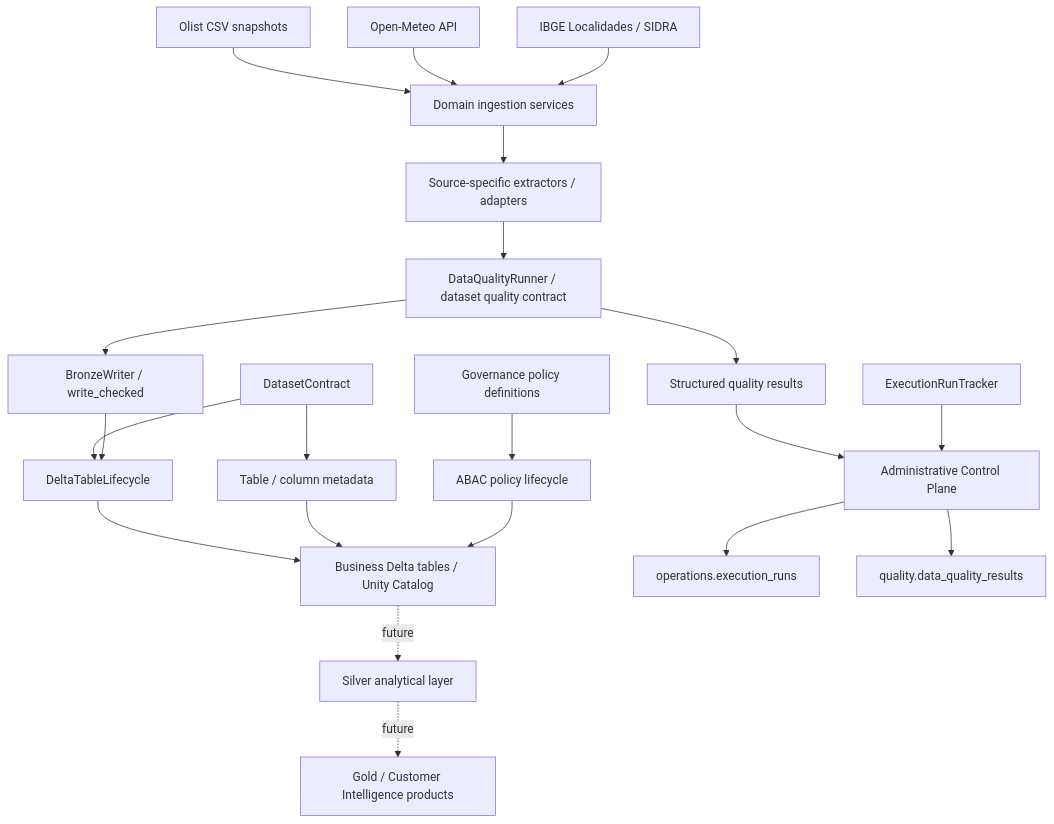
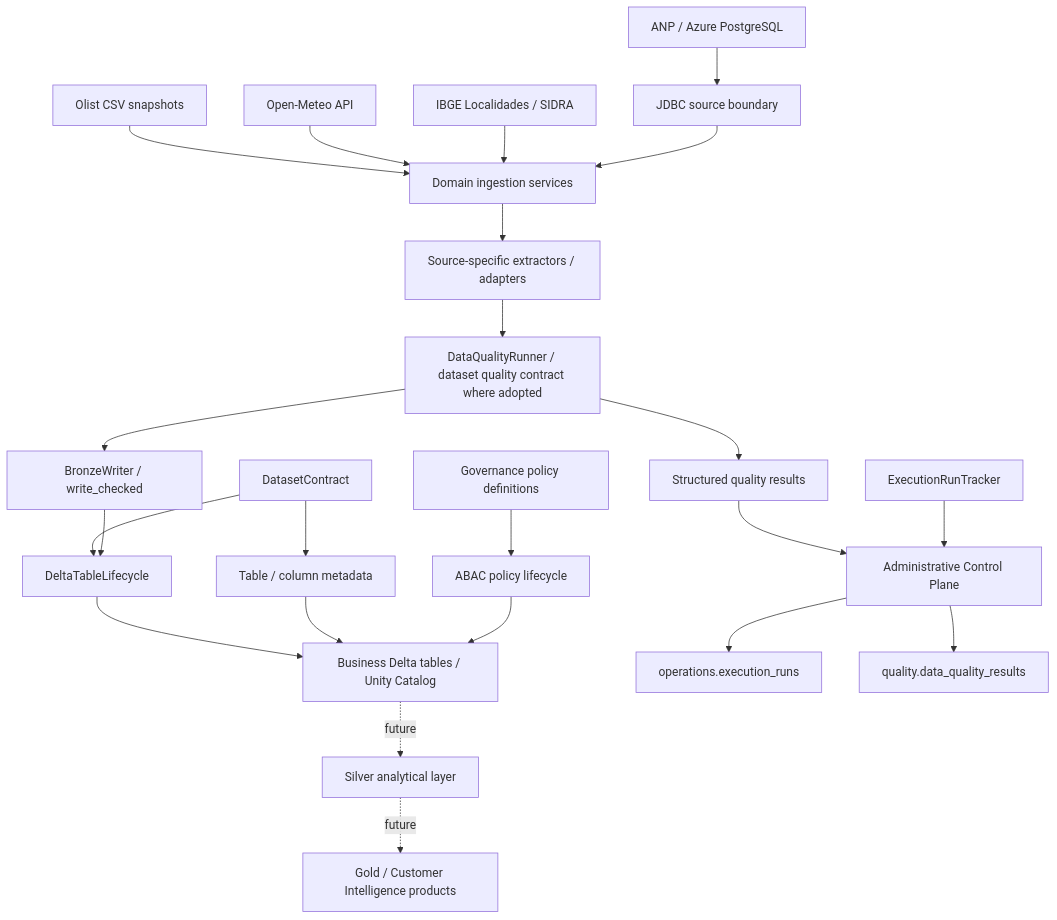
One commit to Forge-Keeper/olist-customer-intelligence changed the first of 3 diagrams in docs/architecture.md. Above: the diagram before and after it, drawn with Mermaid. The commit also changed other lines of this file, not shown here.

Commit message:
docs: reconcile architecture with current delivery plane

````diff
--- a/docs/architecture.md
+++ b/docs/architecture.md
@@ -7,28 +7,30 @@
 ```mermaid
 flowchart TD
     O[Olist CSV snapshots] --> I[Domain ingestion services]
     W[Open-Meteo API] --> I
     B[IBGE Localidades / SIDRA] --> I
+    P[ANP / Azure PostgreSQL] --> J[JDBC source boundary]
+    J --> I
 
     I --> A[Source-specific extractors / adapters]
-    A --> DQ[DataQualityRunner / dataset quality contract]
+    A --> DQ[DataQualityRunner / dataset quality contract where adopted]
     DQ --> QR[Structured quality results]
     DQ --> BW[BronzeWriter / write_checked]
 
     DC[DatasetContract] --> DL[DeltaTableLifecycle]
     BW --> DL
     DL --> UC[Business Delta tables / Unity Catalog]
 
     QR --> CP[Administrative Control Plane]
     ER[ExecutionRunTracker] --> CP
     CP --> OPS[operations.execution_runs]
     CP --> QH[quality.data_quality_results]
 
     DC --> GM[Table / column metadata]
     GM --> UC
     GP[Governance policy definitions] --> ABAC[ABAC policy lifecycle]
     ABAC --> UC
 
     UC -. future .-> S[Silver analytical layer]
     S -. future .-> G[Gold / Customer Intelligence products]
 ```
````
